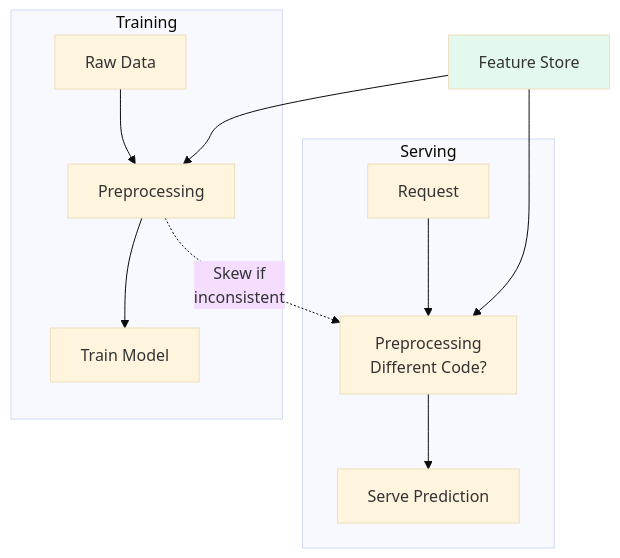
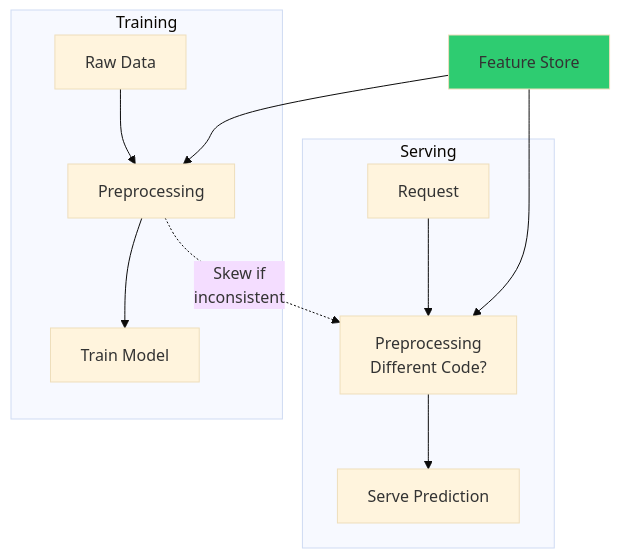
Diagram 14 of 18 in ml/src/general-ml-review.md (knekvasil/library), drawn with Mermaid (base theme) before and after one commit. The commit also changed other lines of this file, not shown here.

Commit message:
Fix mermaid syntax: remove curly braces/underscores in labels, simplify SVM/RNN diagrams, fix style colors

````diff
--- a/ml/src/general-ml-review.md
+++ b/ml/src/general-ml-review.md
@@ -876,12 +885,12 @@
 ```mermaid
 graph TD
     subgraph Training
         D[Raw Data] --> Preproc[Preprocessing] --> Train[Train Model]
     end
     subgraph Serving
         Req[Request] --> Preproc2[Preprocessing<br/>Different Code?] --> Serve[Serve Prediction]
     end
     Preproc -.-> |Skew if<br/>inconsistent| Preproc2
     FS[Feature Store] --> Preproc & Preproc2
-    style FS fill:#2ecc7120
+    style FS fill:#2ecc71
 ```
````
